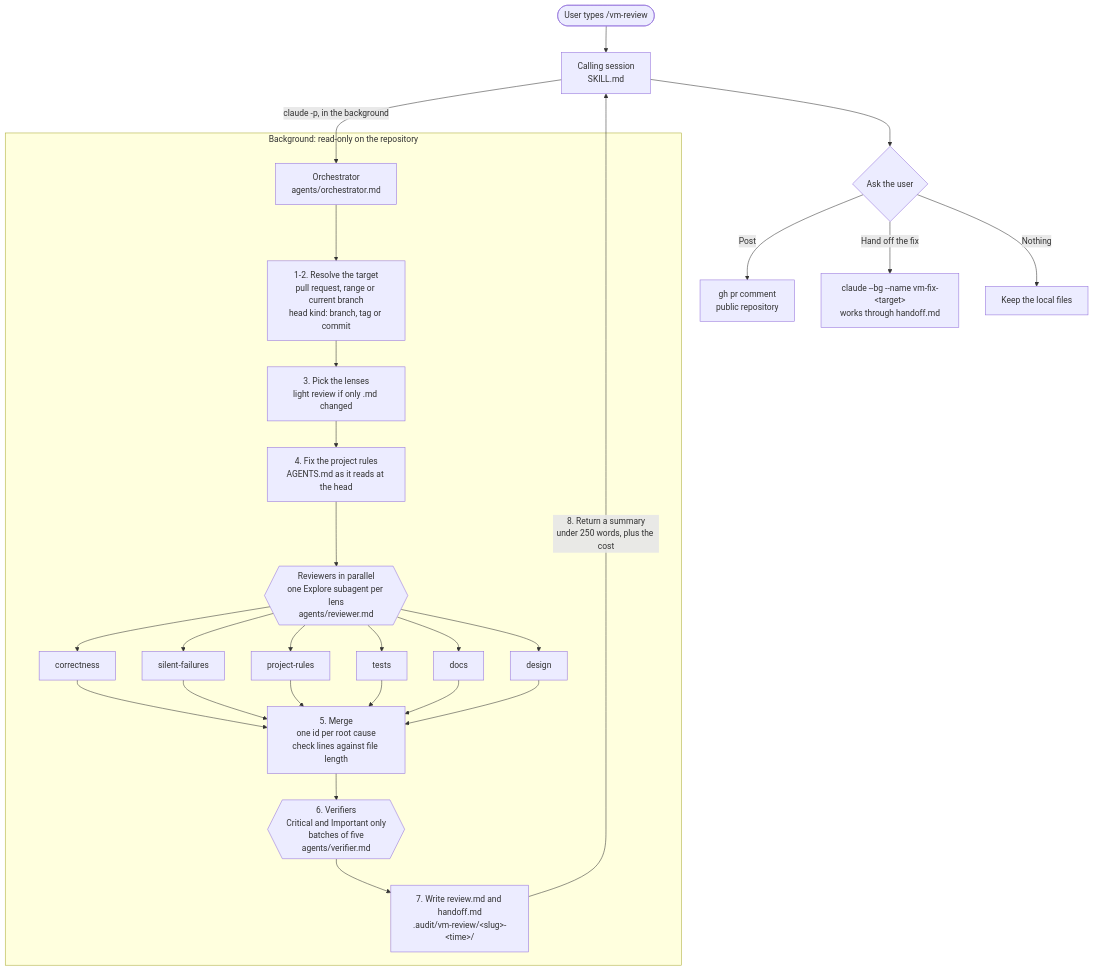
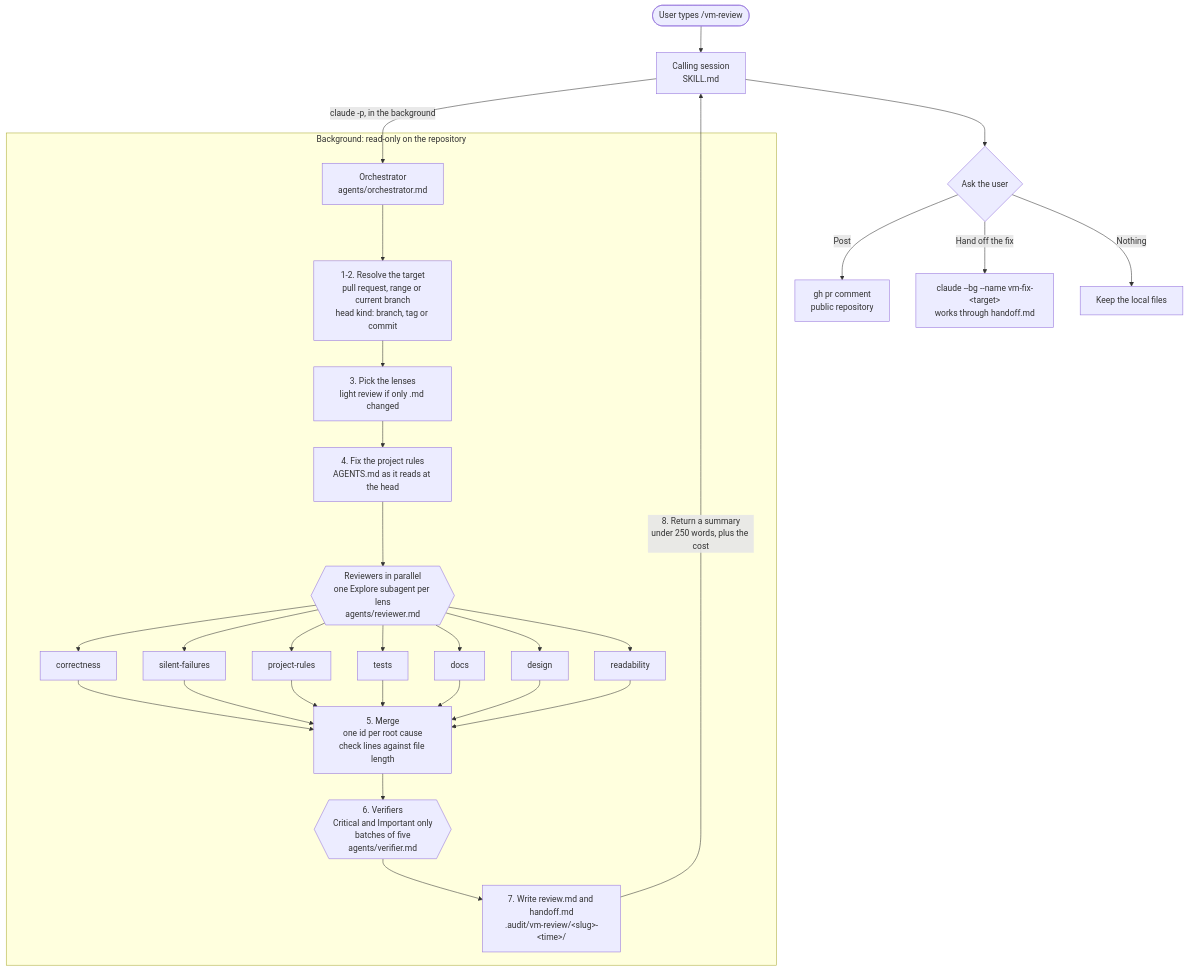
The diagram in .claude/skills/vm-review/README.md (prubiella/vending-machine-challenge), drawn with Mermaid before and after one commit. The commit also changed 4 other files, not shown here.

````diff
--- a/.claude/skills/vm-review/README.md
+++ b/.claude/skills/vm-review/README.md
@@ -13,27 +13,28 @@
 ```mermaid
 flowchart TD
     U([User types /vm-review]) --> S[Calling session<br/>SKILL.md]
     S -->|claude -p, in the background| O[Orchestrator<br/>agents/orchestrator.md]
 
     subgraph BG [Background: read-only on the repository]
         O --> T[1-2. Resolve the target<br/>pull request, range or current branch<br/>head kind: branch, tag or commit]
         T --> L[3. Pick the lenses<br/>light review if only .md changed]
         L --> R0[4. Fix the project rules<br/>AGENTS.md as it reads at the head]
         R0 --> P{{Reviewers in parallel<br/>one Explore subagent per lens<br/>agents/reviewer.md}}
         P --> C1[correctness]
         P --> C2[silent-failures]
         P --> C3[project-rules]
         P --> C4[tests]
         P --> C6[design]
+        P --> C7[readability]
         P --> C5[docs]
-        C1 & C2 & C3 & C4 & C5 & C6 --> M[5. Merge<br/>one id per root cause<br/>check lines against file length]
+        C1 & C2 & C3 & C4 & C5 & C6 & C7 --> M[5. Merge<br/>one id per root cause<br/>check lines against file length]
         M --> V{{6. Verifiers<br/>Critical and Important only<br/>batches of five<br/>agents/verifier.md}}
         V --> W[7. Write review.md and handoff.md<br/>.audit/vm-review/&lt;slug&gt;-&lt;time&gt;/]
     end
 
     W -->|8. Return a summary<br/>under 250 words, plus the cost| S
     S --> Q{Ask the user}
     Q -->|Post| G[gh pr comment<br/>public repository]
     Q -->|Hand off the fix| F[claude --bg --name vm-fix-&lt;target&gt;<br/>works through handoff.md]
     Q -->|Nothing| N[Keep the local files]
 ```
````
